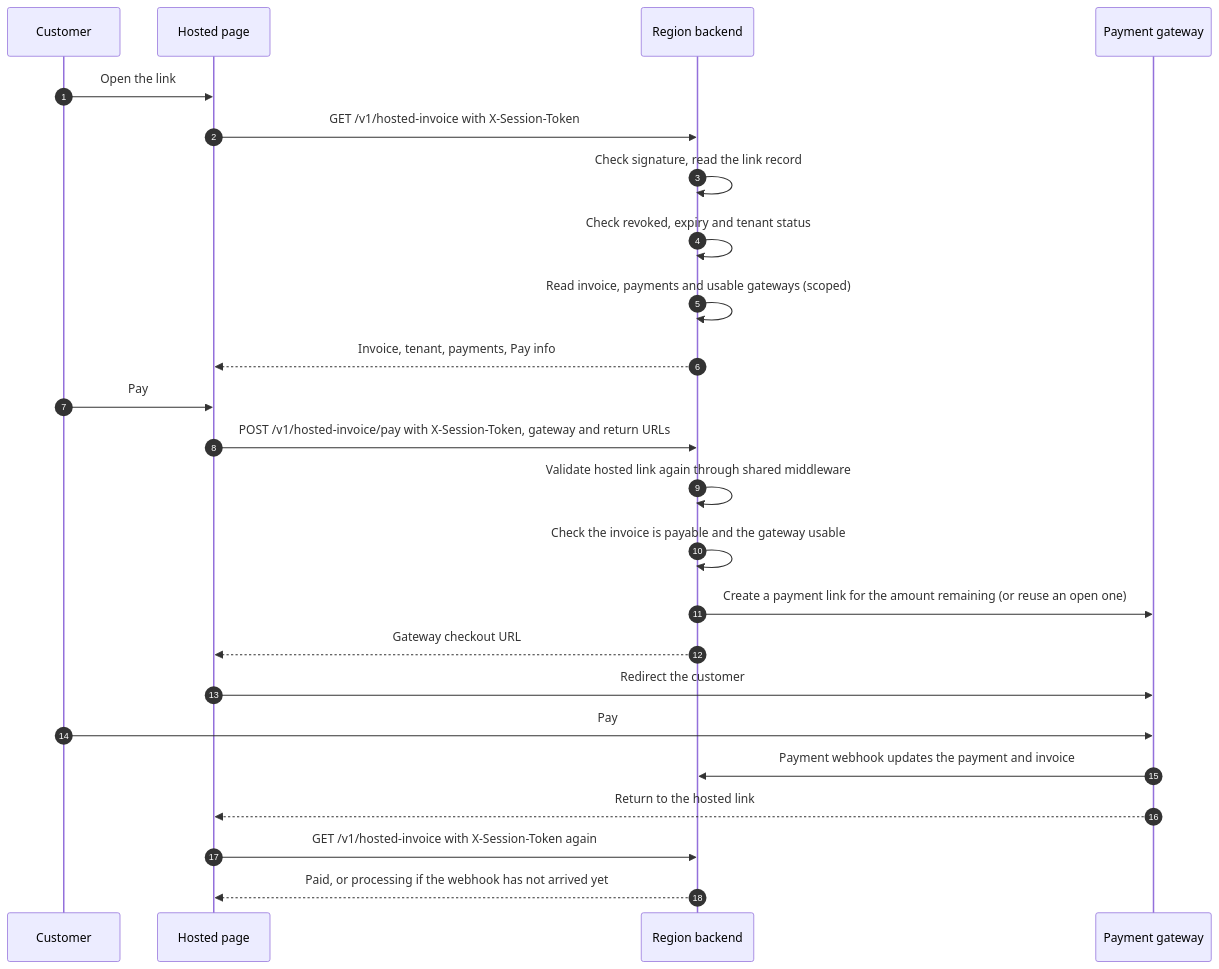
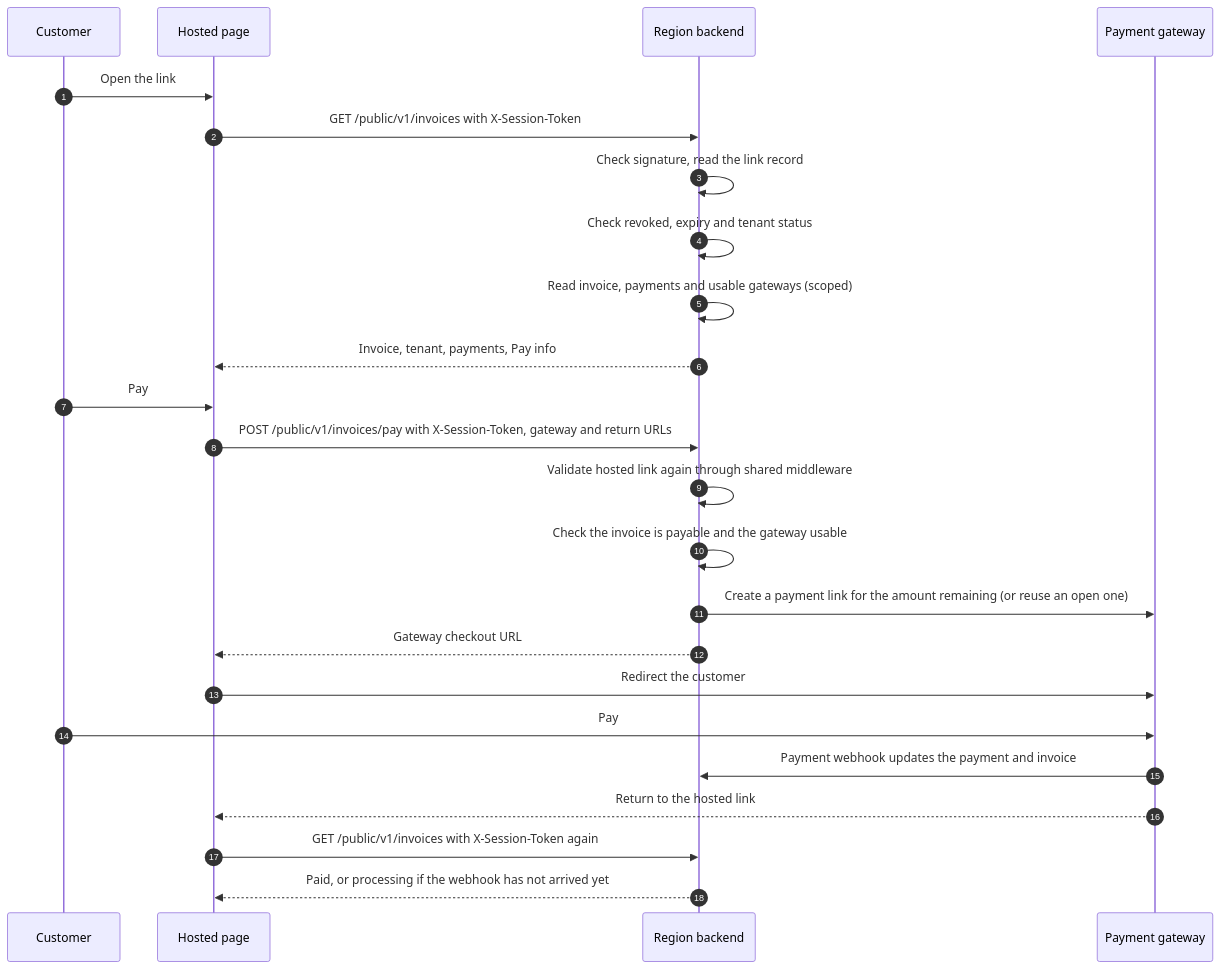
The fifth of 5 diagrams in docs/design/2026-10-14-hosted-invoice-erd.md (flexprice/flexprice), drawn with Mermaid before and after one commit. The commit also changed other lines of this file, not shown here.

Commit message:
docs: move hosted invoice public endpoints under /public/v1/invoices

````diff
--- a/docs/design/2026-10-14-hosted-invoice-erd.md
+++ b/docs/design/2026-10-14-hosted-invoice-erd.md
@@ -490,27 +492,27 @@
 ```mermaid
 sequenceDiagram
   autonumber
   participant Cu as Customer
   participant P as Hosted page
   participant B as Region backend
   participant G as Payment gateway
 
   Cu->>P: Open the link
-  P->>B: GET /v1/hosted-invoice with X-Session-Token
+  P->>B: GET /public/v1/invoices with X-Session-Token
   B->>B: Check signature, read the link record
   B->>B: Check revoked, expiry and tenant status
   B->>B: Read invoice, payments and usable gateways (scoped)
   B-->>P: Invoice, tenant, payments, Pay info
   Cu->>P: Pay
-  P->>B: POST /v1/hosted-invoice/pay with X-Session-Token, gateway and return URLs
+  P->>B: POST /public/v1/invoices/pay with X-Session-Token, gateway and return URLs
   B->>B: Validate hosted link again through shared middleware
   B->>B: Check the invoice is payable and the gateway usable
   B->>G: Create a payment link for the amount remaining (or reuse an open one)
   B-->>P: Gateway checkout URL
   P->>G: Redirect the customer
   Cu->>G: Pay
   G->>B: Payment webhook updates the payment and invoice
   G-->>P: Return to the hosted link
-  P->>B: GET /v1/hosted-invoice with X-Session-Token again
+  P->>B: GET /public/v1/invoices with X-Session-Token again
   B-->>P: Paid, or processing if the webhook has not arrived yet
 ```
````
